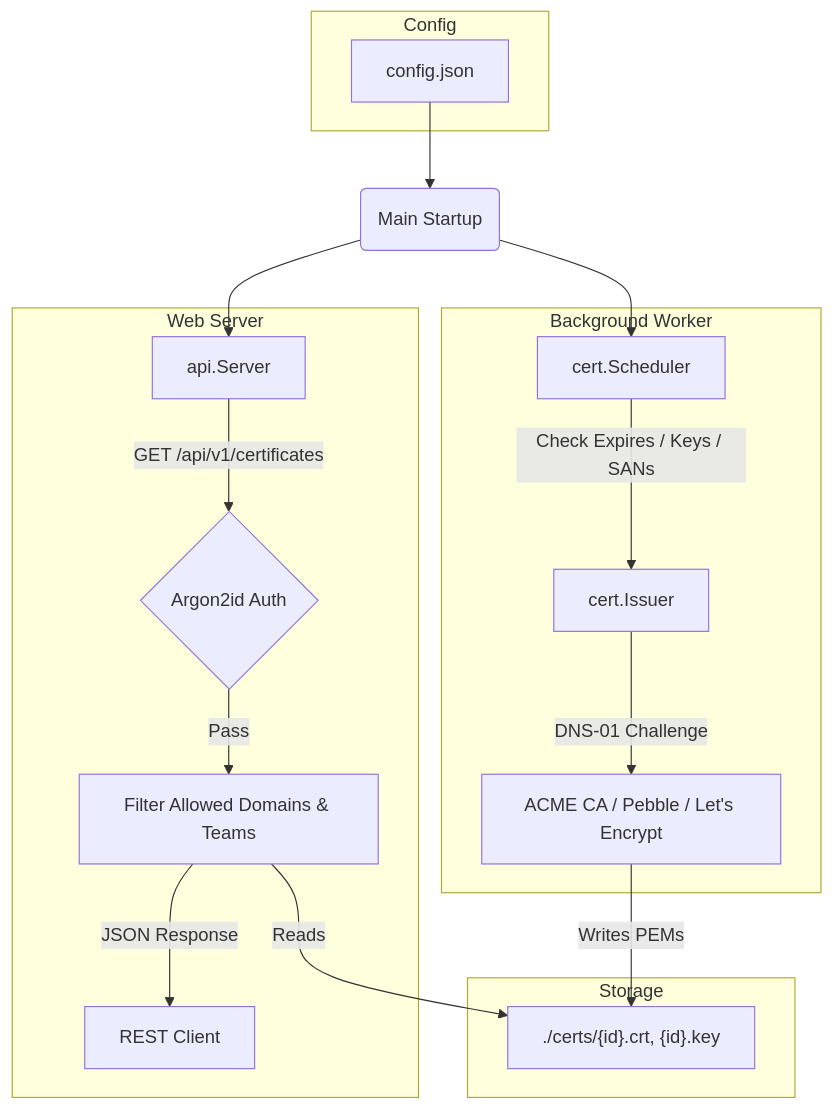
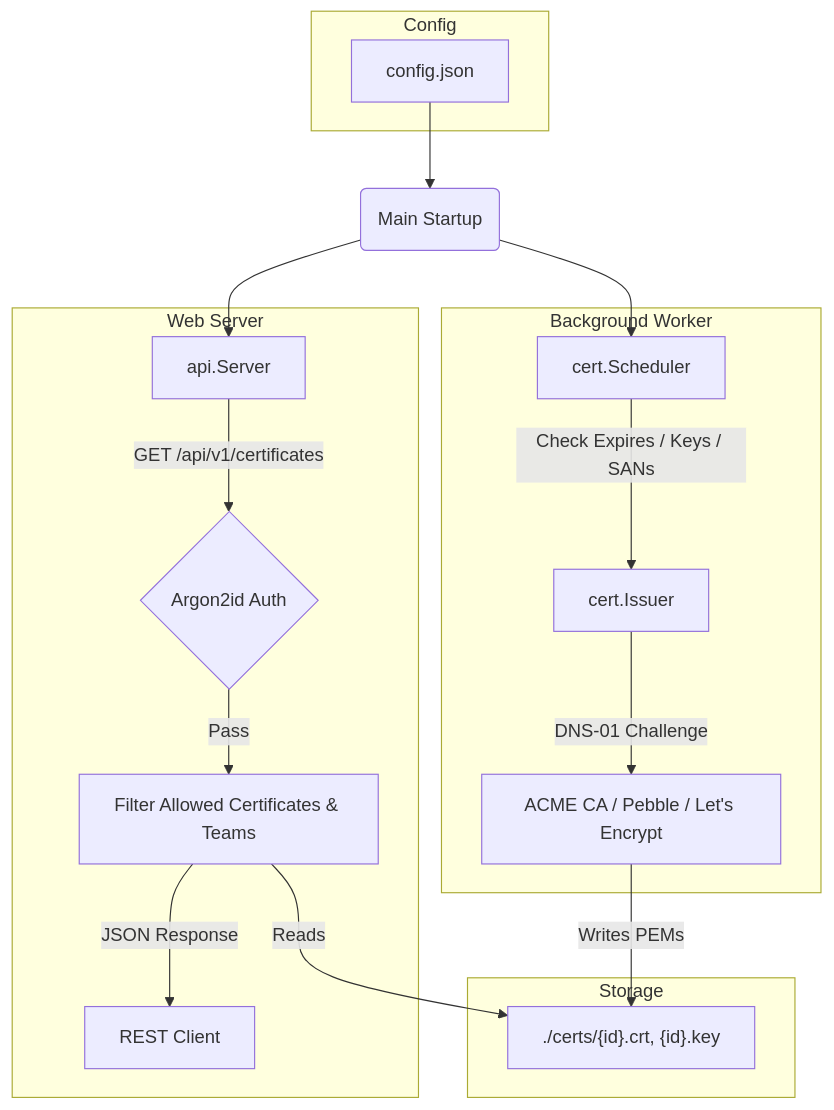
One commit to Menschomat/certer changed the diagram in GEMINI.md. Above: the diagram before and after it, drawn with Mermaid. The commit also changed other lines of this file, not shown here.

Commit message:
docs: update GEMINI.md map, architecture diagram, and context helpers for AI alignment

````diff
--- a/GEMINI.md
+++ b/GEMINI.md
@@ -25,23 +28,23 @@
 ```mermaid
 graph TD
     subgraph Storage
         Certs["./certs/{id}.crt, {id}.key"]
     end
     subgraph Config
         JSON[config.json]
     end
     subgraph Background Worker
         Sched[cert.Scheduler] -->|Check Expires / Keys / SANs| Issuer[cert.Issuer]
         Issuer -->|DNS-01 Challenge| ACME[ACME CA / Pebble / Let's Encrypt]
         ACME -->|Writes PEMs| Certs
     end
     subgraph Web Server
         API[api.Server] -->|GET /api/v1/certificates| Auth{Argon2id Auth}
-        Auth -->|Pass| Filter[Filter Allowed Domains & Teams]
+        Auth -->|Pass| Filter[Filter Allowed Certificates & Teams]
         Filter -->|Reads| Certs
         Filter -->|JSON Response| Client[REST Client]
     end
     JSON --> B(Main Startup)
     B --> Sched
     B --> API
 ```
````
